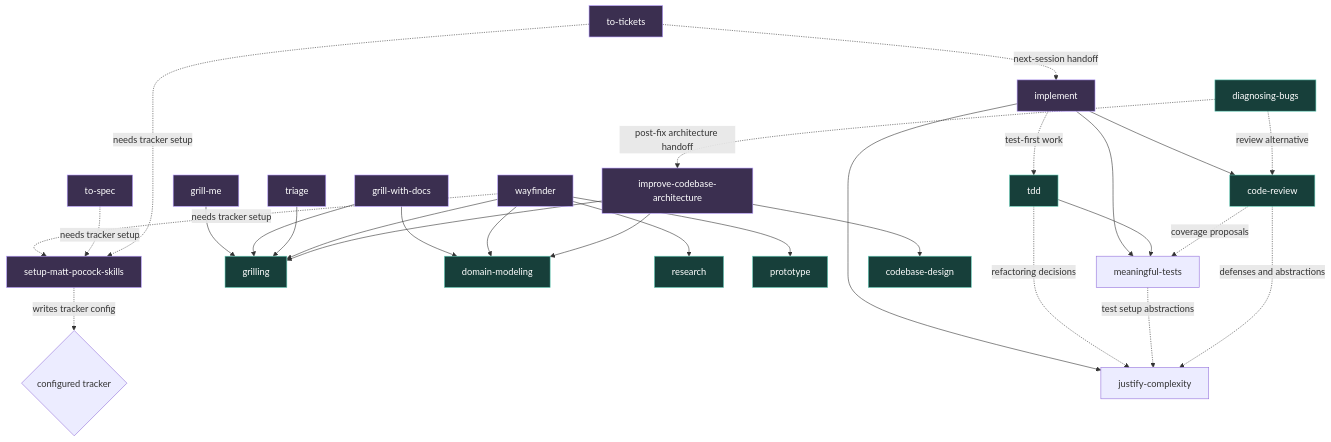
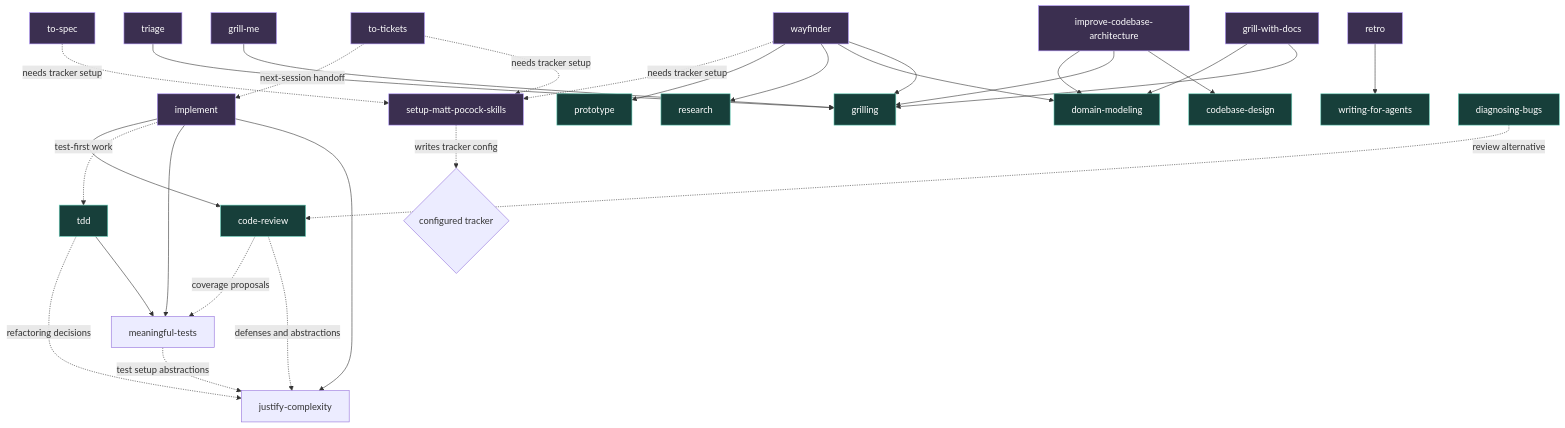
One commit to m0hill/dotfiles changed the diagram in home/.agents/skills/README.md. Above: the diagram before and after it, drawn with Mermaid. The commit also changed other lines of this file and 15 other files, not shown here.

````diff
--- a/home/.agents/skills/README.md
+++ b/home/.agents/skills/README.md
@@ -69,42 +83,43 @@
 ```mermaid
 flowchart TD
   setup[setup-matt-pocock-skills] -. writes tracker config .-> tracker{configured tracker}
 
   grillme[grill-me] --> grilling[grilling]
   grilldocs[grill-with-docs] --> grilling
   grilldocs --> domain[domain-modeling]
   triage[triage] --> grilling
 
   wayfinder[wayfinder] --> grilling
   wayfinder --> domain
   wayfinder --> research[research]
   wayfinder --> prototype[prototype]
   wayfinder -. needs tracker setup .-> setup
 
   spec[to-spec] -. needs tracker setup .-> setup
 
   tickets[to-tickets] -. needs tracker setup .-> setup
   tickets -. next-session handoff .-> implement[implement]
 
   implement --> complexity[justify-complexity]
   implement --> tests[meaningful-tests]
   implement -. test-first work .-> tdd[tdd]
   implement --> review[code-review]
   tdd --> tests
   tdd -. refactoring decisions .-> complexity
   tests -. test setup abstractions .-> complexity
   review -. defenses and abstractions .-> complexity
   review -. coverage proposals .-> tests
 
   architecture[improve-codebase-architecture] --> design[codebase-design]
   architecture --> grilling
   architecture --> domain
 
+  retro[retro] --> writing[writing-for-agents]
+
   diagnose[diagnosing-bugs] -. review alternative .-> review
-  diagnose -. post-fix architecture handoff .-> architecture
 
   classDef user fill:#3b2f50,stroke:#b69cff,color:#fff;
   classDef model fill:#173f3a,stroke:#69d3bd,color:#fff;
-  class setup,grillme,grilldocs,triage,wayfinder,spec,tickets,implement,architecture user;
-  class grilling,domain,research,prototype,tdd,review,design,diagnose model;
+  class setup,grillme,grilldocs,triage,wayfinder,spec,tickets,implement,architecture,retro user;
+  class grilling,domain,research,prototype,tdd,review,design,diagnose,writing model;
 ```
````
